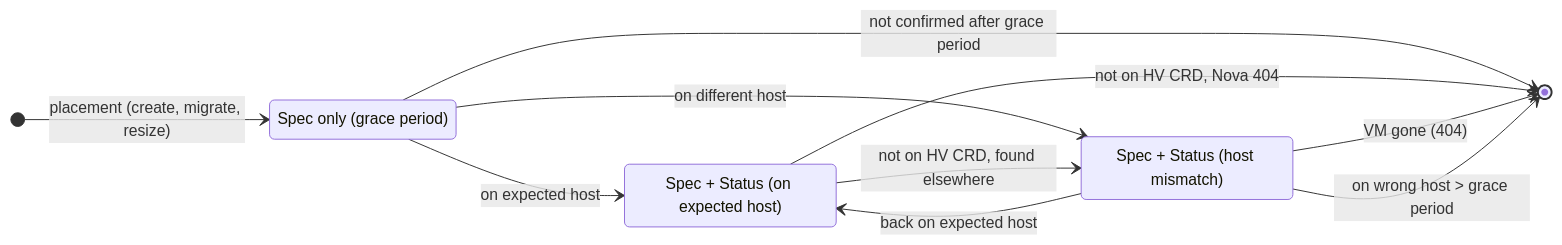
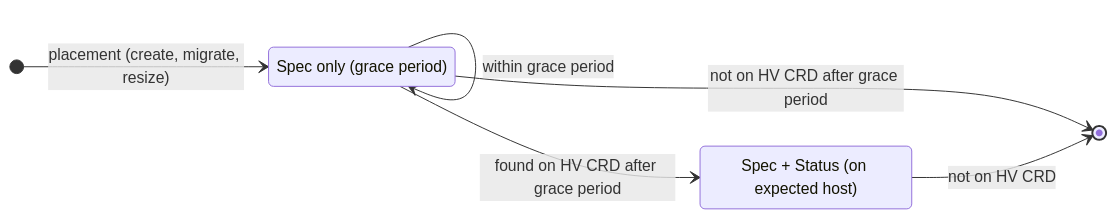
The third of 3 diagrams in docs/reservations/committed-resource-reservations.md (cobaltcore-dev/cortex), drawn with Mermaid before and after one commit. The commit also changed other lines of this file and 3 other files, not shown here.

````diff
--- a/docs/reservations/committed-resource-reservations.md
+++ b/docs/reservations/committed-resource-reservations.md
@@ -110,17 +112,12 @@
 ```mermaid
 stateDiagram-v2
     direction LR
-    [*] --> SpecOnly : placement (create, migrate, resize)
-    SpecOnly --> Confirmed : on expected host
-    SpecOnly --> WrongHost : on different host
-    SpecOnly --> [*] : not confirmed after grace period
-    Confirmed --> WrongHost : not on HV CRD, found elsewhere
-    Confirmed --> [*] : not on HV CRD, Nova 404
-    WrongHost --> Confirmed : back on expected host
-    WrongHost --> [*] : VM gone (404)
-    WrongHost --> [*] : on wrong host > grace period
-
     state "Spec only (grace period)" as SpecOnly
     state "Spec + Status (on expected host)" as Confirmed
-    state "Spec + Status (host mismatch)" as WrongHost
+
+    [*] --> SpecOnly : placement (create, migrate, resize)
+    SpecOnly --> SpecOnly : within grace period
+    SpecOnly --> Confirmed : found on HV CRD after grace period
+    SpecOnly --> [*] : not on HV CRD after grace period
+    Confirmed --> [*] : not on HV CRD
 ```
````
